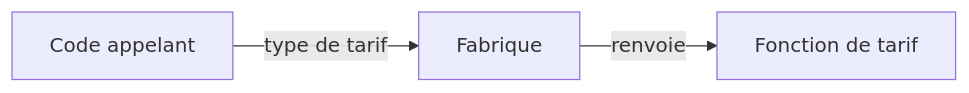
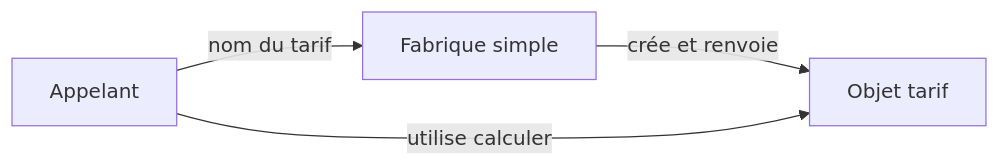
One commit to theopaolo/dev-carnet changed the diagram in src/cours/poo-patterns-frameworks/04-factory.md. Above: the diagram before and after it, drawn with Mermaid. The commit also changed other lines of this file and 13 other files, not shown here.

````diff
--- a/src/cours/poo-patterns-frameworks/04-factory.md
+++ b/src/cours/poo-patterns-frameworks/04-factory.md
@@ -14,7 +24,8 @@
 ```mermaid
 flowchart LR
-  accTitle: Une fabrique sélectionne le tarif
-  accDescr: Le code appelant transmet le type de tarif à une fabrique, qui renvoie une fonction de calcul.
-  Appelant[Code appelant] -->|type de tarif| Fabrique[Fabrique]
-  Fabrique -->|renvoie| Tarif[Fonction de tarif]
+  accTitle: Une fabrique simple crée une règle de tarif
+  accDescr: L'appelant transmet un nom à la fabrique. Elle renvoie un objet dont la méthode calculer respecte le contrat de tarif.
+  Appelant[Appelant] -->|nom du tarif| Fabrique[Fabrique simple]
+  Fabrique -->|crée et renvoie| Tarif[Objet tarif]
+  Appelant -->|utilise calculer| Tarif
 ```
````
